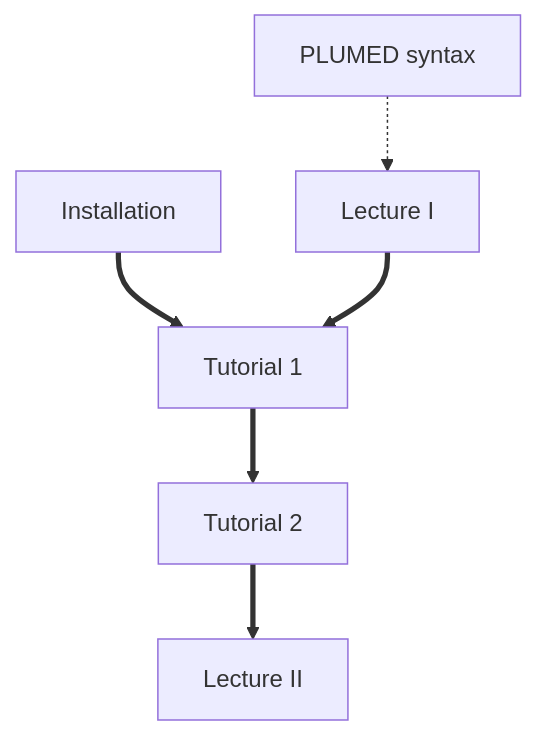
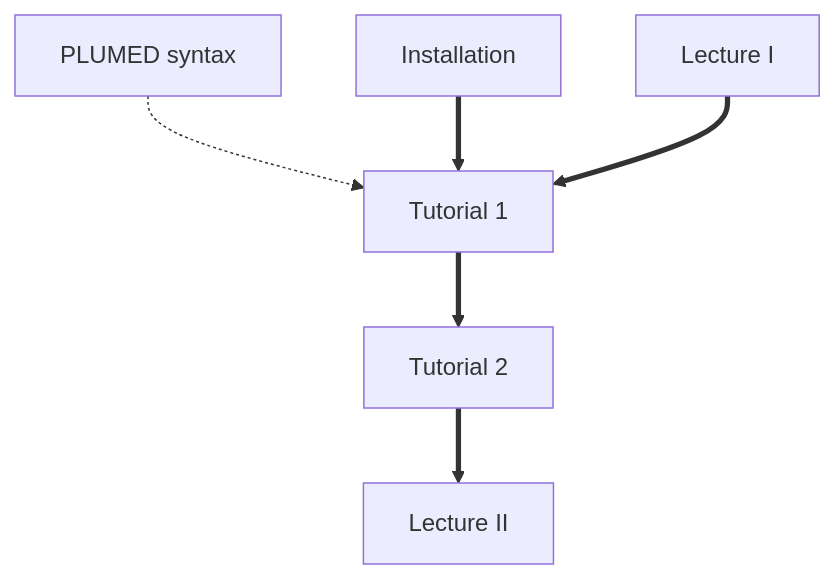
Before and after one commit to maxbonomi/EMMIVox-Plumed-Tutorials: the diagram in NAVIGATION.md, drawn with Mermaid.

````diff
--- a/NAVIGATION.md
+++ b/NAVIGATION.md
@@ -54,14 +54,14 @@
 ```mermaid
 flowchart TB;
-  A[PLUMED syntax] -.-> C[Lecture I] 
-  B[Installation] ==> D[Tutorial 1]
-  C ==> D[Tutorial 1];
+  A[PLUMED syntax] -.-> D[Tutorial 1];
+  B[Installation] ==> D[Tutorial 1];
+  C[Lecture I] ==> D[Tutorial 1];
   D ==> E[Tutorial 2];
   E ==> F[Lecture II];
   click A "ref1" "This lesson teaches you the basic features of the PLUMED input syntax with a particular focus on PBCs and selection tools";
   click B "install.md" "Installation instructions";
   click C "video1" "A lecture that was given on November 28th 2022 as part of the PLUMED masterclass series that introduces you to the exercises in this lesson";
   click D "01.md" "First tutorial to perform single-structure refinement with EMMIVox";
   click E "02.md" "Second tutorial to perform ensemble refinement with EMMIVox";
   click F "video2" "A lecture that was given on December 5th 2022 as part of the PLUMED masterclass series that goes through the solutions to the exercises in the lesson";
 ```
````
